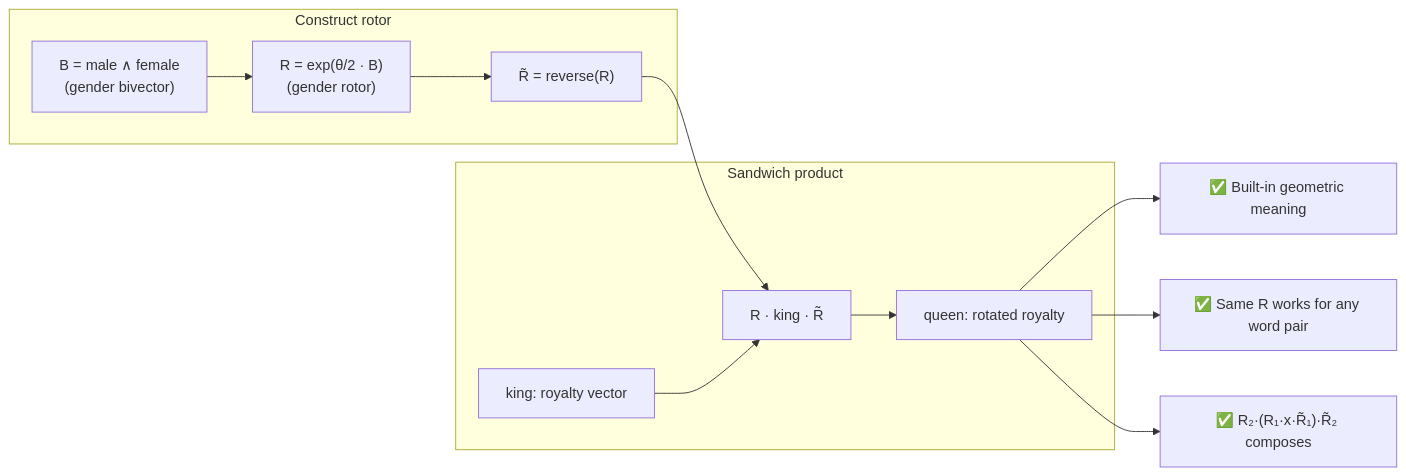
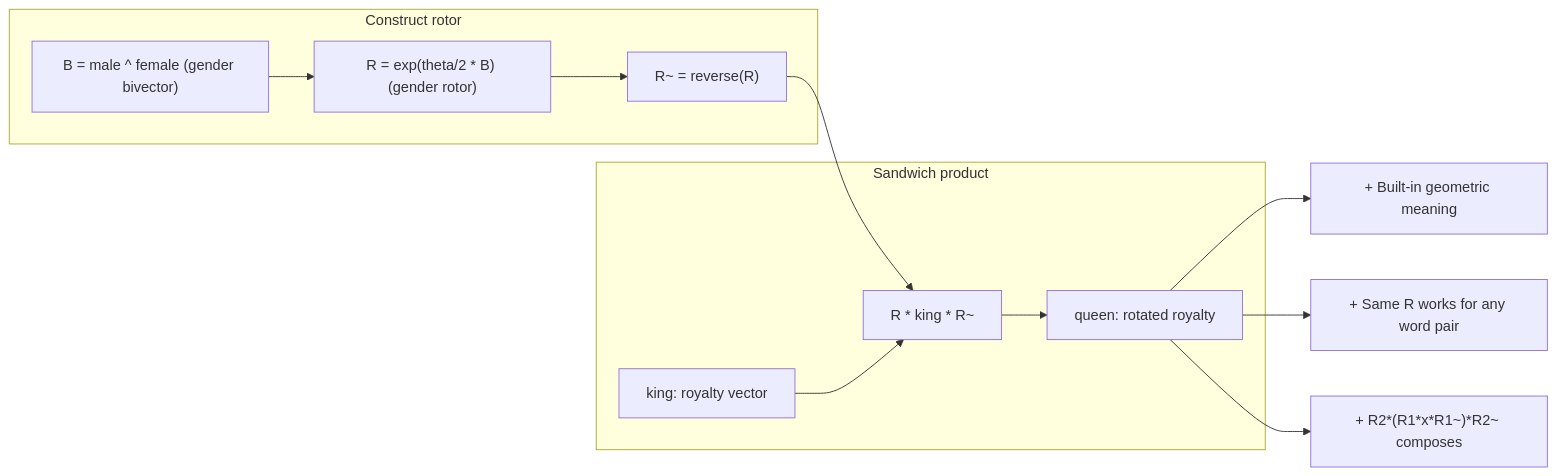
Before and after one commit to pebaryan/galbook: the third of 4 diagrams in manuscript.md, drawn with Mermaid. The commit also changed other lines of this file, not shown here.

First line of the commit message:
Fix mermaid diagrams: remove special chars causing parse errors

````diff
--- a/manuscript.md
+++ b/manuscript.md
@@ -443,21 +440,21 @@
 ```mermaid
 flowchart LR
     subgraph RotorBuild["Construct rotor"]
-        B["B = male ∧ female\n(gender bivector)"]
-        R["R = exp(θ/2 · B)\n(gender rotor)"]
-        Rt["R̃ = reverse(R)"]
+        B["B = male ^ female (gender bivector)"]
+        R["R = exp(theta/2 * B) (gender rotor)"]
+        Rt["R~ = reverse(R)"]
     end
-    
+
     subgraph Apply["Sandwich product"]
         K2["king: royalty vector"]
-        S["R · king · R̃"]
+        S["R * king * R~"]
         Q2["queen: rotated royalty"]
     end
 
     B --> R --> Rt --> S
     K2 --> S --> Q2
-    
-    Q2 --> Gains["✅ Built-in geometric meaning"]
-    Q2 --> Gains2["✅ Same R works for any word pair"]
-    Q2 --> Gains3["✅ R₂·(R₁·x·R̃₁)·R̃₂ composes"]
+
+    Q2 --> Gains["+ Built-in geometric meaning"]
+    Q2 --> Gains2["+ Same R works for any word pair"]
+    Q2 --> Gains3["+ R2*(R1*x*R1~)*R2~ composes"]
 ```
````
